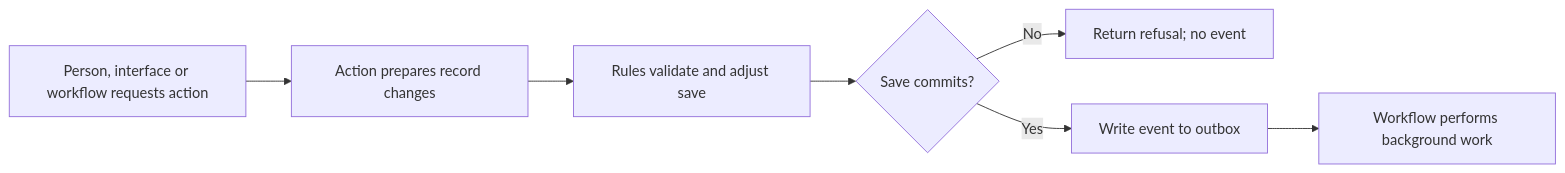
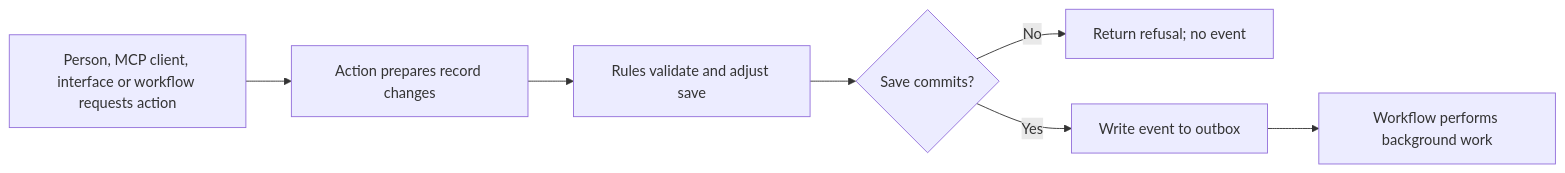
One commit to Abzum-NZ/Abzum-Vortex changed the first of 2 diagrams in docs/specification/08-forms-actions-rules-and-events.md. Above: the diagram before and after it, drawn with Mermaid. The commit also changed other lines of this file and 16 other files, not shown here.

Commit message:
Document governed MCP interface parity

````diff
--- a/docs/specification/08-forms-actions-rules-and-events.md
+++ b/docs/specification/08-forms-actions-rules-and-events.md
@@ -9,9 +9,9 @@
 ```mermaid
 flowchart LR
-    START[Person, interface or workflow requests action] --> ACTION[Action prepares record changes]
+    START[Person, MCP client, interface or workflow requests action] --> ACTION[Action prepares record changes]
     ACTION --> RULE[Rules validate and adjust save]
     RULE --> COMMIT{Save commits?}
     COMMIT -- No --> STOP[Return refusal; no event]
     COMMIT -- Yes --> EVENT[Write event to outbox]
     EVENT --> FLOW[Workflow performs background work]
 ```
````
